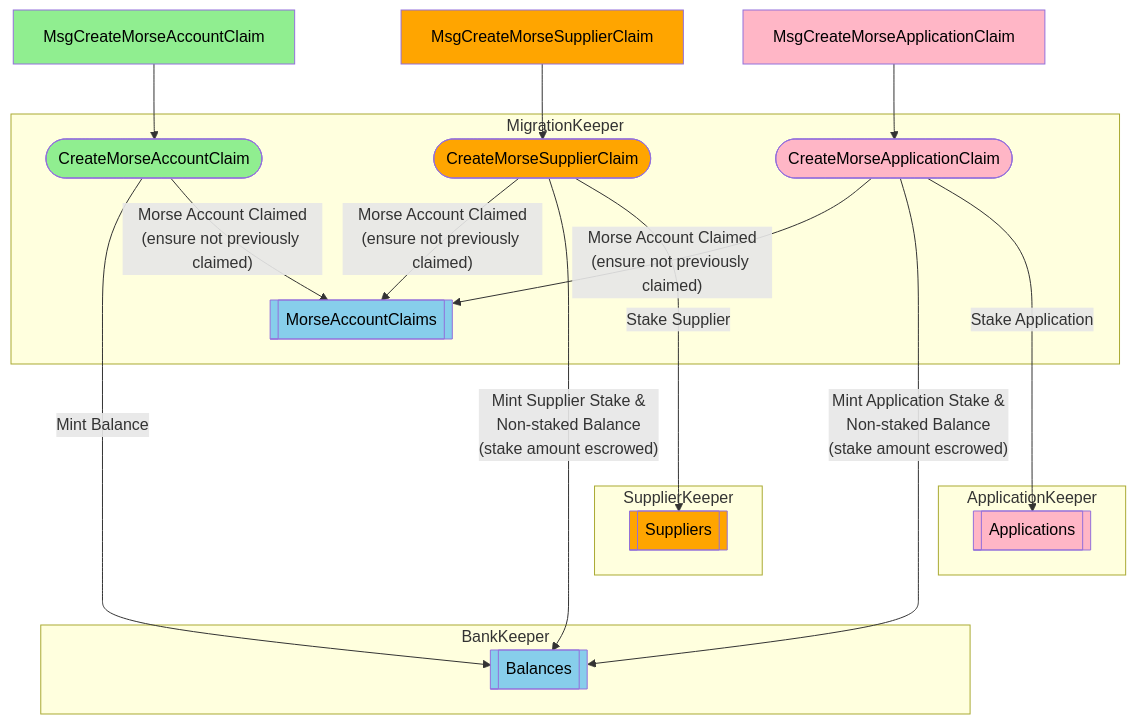
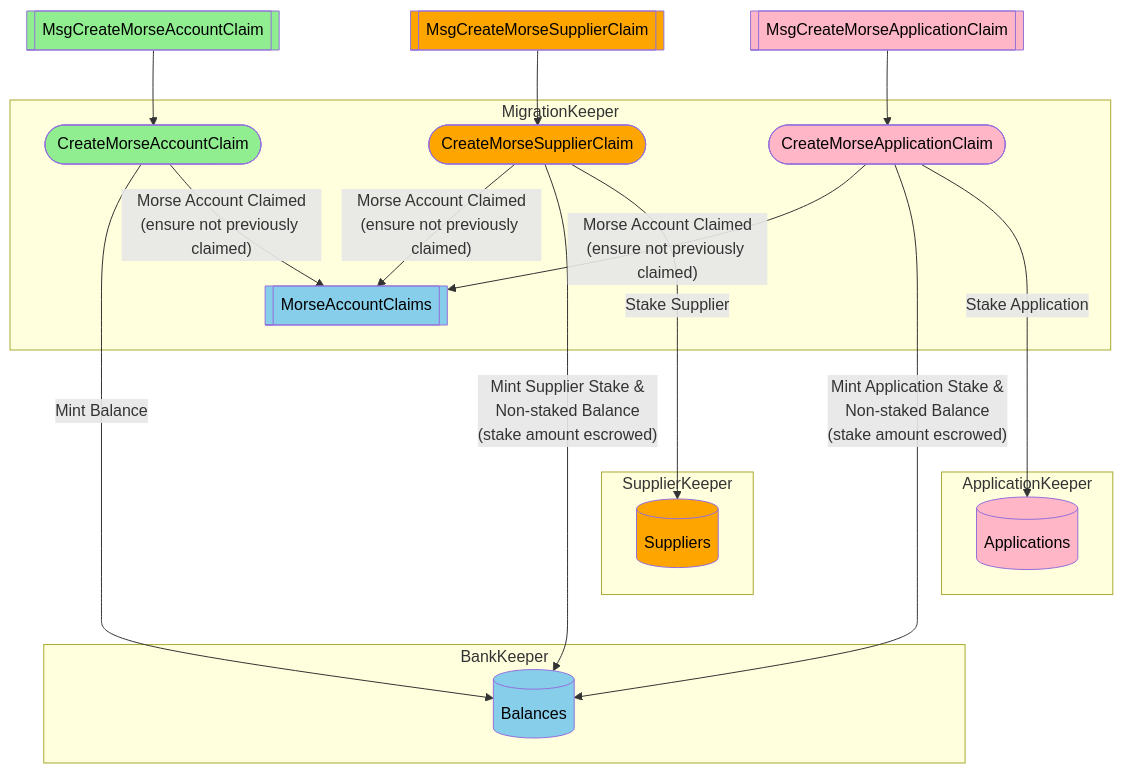
The diagram in docusaurus/docs/operate/morse_migration/claiming.md (pokt-network/poktroll), drawn with Mermaid before and after one commit. The commit also changed other lines of this file and 5 other files, not shown here.

````diff
--- a/docusaurus/docs/operate/morse_migration/claiming.md
+++ b/docusaurus/docs/operate/morse_migration/claiming.md
@@ -33,50 +101,50 @@
 ```mermaid
 flowchart
-    m1[MsgCreateMorseAccountClaim]:::account
-    m2[MsgCreateMorseSupplierClaim]:::supplier
-    m3[MsgCreateMorseApplicationClaim]:::application
+    m1[[MsgCreateMorseAccountClaim]]:::account
+    m2[[MsgCreateMorseSupplierClaim]]:::supplier
+    m3[[MsgCreateMorseApplicationClaim]]:::application
 
     subgraph MigrationKeeper
     h1([CreateMorseAccountClaim]):::account
     h2([CreateMorseSupplierClaim]):::supplier
     h3([CreateMorseApplicationClaim]):::application
     %% ms[[MorseAccountState]]
     ac[[MorseAccountClaims]]:::general
     end
 
     h1 --"Mint Balance"----> bk1
-    
-    h1 --"Morse Account Claimed<br/>(ensure not previously claimed)"--> ac
-    h2 --"Morse Account Claimed<br/>(ensure not previously claimed)"--> ac
-    h3 --"Morse Account Claimed<br/>(ensure not previously claimed)"--> ac
+
+    h1 --"Morse Account Claimed<br>(ensure not previously claimed)"--> ac
+    h2 --"Morse Account Claimed<br>(ensure not previously claimed)"--> ac
+    h3 --"Morse Account Claimed<br>(ensure not previously claimed)"--> ac
 
     %% h1 --"ensure claim is valid"--> ms
     %% h2 --"ensure claim is valid"--> ms
     %% h3 --"ensure claim is valid"--> ms
 
     m1 --> h1
     m2 --> h2
     m3 --> h3
 
     subgraph BankKeeper
-    bk1[[Balances]]:::general
+    bk1[(Balances)]:::general
     end
 
     subgraph SupplierKeeper
-    sk1[["Suppliers"]]:::supplier
+    sk1[("Suppliers")]:::supplier
     end
 
     subgraph ApplicationKeeper
-    ak1[["Applications"]]:::application
+    ak1[("Applications")]:::application
     end
 
     h2 --"Mint Supplier Stake &<br/>Non-staked Balance<br/>(stake amount escrowed)"--> bk1
     h2 --"Stake Supplier"---> sk1
     h3 --"Mint Application Stake &<br/>Non-staked Balance<br/>(stake amount escrowed)"--> bk1
     h3 --"Stake Application"---> ak1
 
     classDef account fill:#90EE90,color:#000
     classDef supplier fill:#FFA500,color:#000
     classDef application fill:#FFB6C6,color:#000
     classDef general fill:#87CEEB,color:#000
 ```
````
